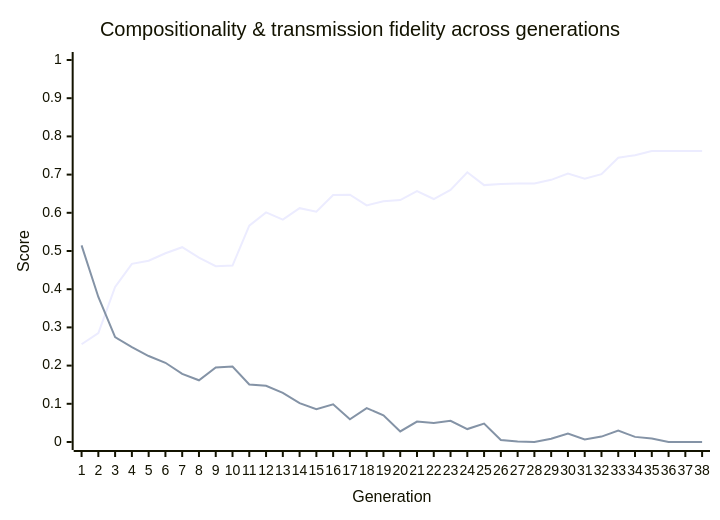
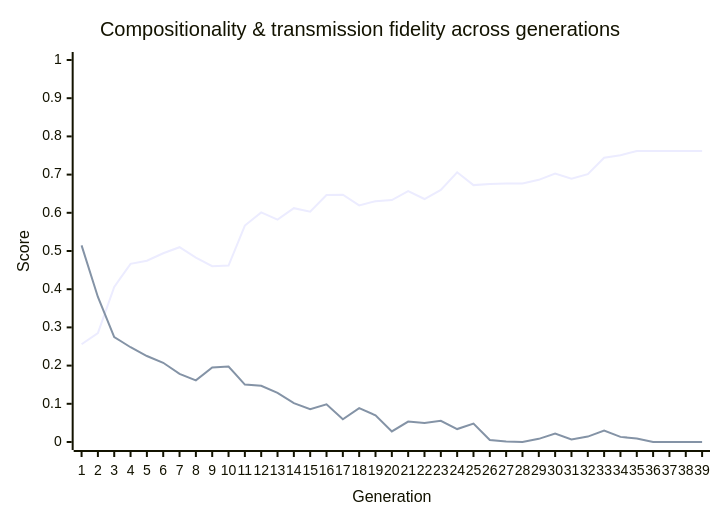
Before and after one commit to nichobbs/traditio: the diagram in metrics/latest-report.md, drawn with Mermaid. The commit also changed other lines of this file and 1 other file, not shown here.

````diff
--- a/metrics/latest-report.md
+++ b/metrics/latest-report.md
@@ -40,8 +40,8 @@
 ```mermaid
 xychart-beta
     title "Compositionality & transmission fidelity across generations"
-    x-axis "Generation" [1, 2, 3, 4, 5, 6, 7, 8, 9, 10, 11, 12, 13, 14, 15, 16, 17, 18, 19, 20, 21, 22, 23, 24, 25, 26, 27, 28, 29, 30, 31, 32, 33, 34, 35, 36, 37, 38]
+    x-axis "Generation" [1, 2, 3, 4, 5, 6, 7, 8, 9, 10, 11, 12, 13, 14, 15, 16, 17, 18, 19, 20, 21, 22, 23, 24, 25, 26, 27, 28, 29, 30, 31, 32, 33, 34, 35, 36, 37, 38, 39]
     y-axis "Score" 0 --> 1
-    line "Compositionality" [0.2559, 0.2849, 0.4060, 0.4663, 0.4745, 0.4941, 0.5099, 0.4826, 0.4603, 0.4619, 0.5665, 0.6011, 0.5822, 0.6121, 0.6029, 0.6464, 0.6473, 0.6195, 0.6304, 0.6332, 0.6566, 0.6361, 0.6598, 0.7061, 0.6725, 0.6757, 0.6767, 0.6767, 0.6863, 0.7028, 0.6890, 0.7012, 0.7442, 0.7505, 0.7619, 0.7619, 0.7619, 0.7619]
-    line "Transmission Fidelity" [0.5148, 0.3796, 0.2746, 0.2481, 0.2251, 0.2074, 0.1785, 0.1615, 0.1949, 0.1977, 0.1504, 0.1472, 0.1286, 0.1016, 0.0861, 0.0987, 0.0594, 0.0888, 0.0697, 0.0276, 0.0536, 0.0500, 0.0553, 0.0339, 0.0483, 0.0051, 0.0012, 0.0000, 0.0083, 0.0219, 0.0066, 0.0142, 0.0301, 0.0134, 0.0092, 0.0000, 0.0000, 0.0000]
+    line "Compositionality" [0.2559, 0.2849, 0.4060, 0.4663, 0.4745, 0.4941, 0.5099, 0.4826, 0.4603, 0.4619, 0.5665, 0.6011, 0.5822, 0.6121, 0.6029, 0.6464, 0.6473, 0.6195, 0.6304, 0.6332, 0.6566, 0.6361, 0.6598, 0.7061, 0.6725, 0.6757, 0.6767, 0.6767, 0.6863, 0.7028, 0.6890, 0.7012, 0.7442, 0.7505, 0.7619, 0.7619, 0.7619, 0.7619, 0.7619]
+    line "Transmission Fidelity" [0.5148, 0.3796, 0.2746, 0.2481, 0.2251, 0.2074, 0.1785, 0.1615, 0.1949, 0.1977, 0.1504, 0.1472, 0.1286, 0.1016, 0.0861, 0.0987, 0.0594, 0.0888, 0.0697, 0.0276, 0.0536, 0.0500, 0.0553, 0.0339, 0.0483, 0.0051, 0.0012, 0.0000, 0.0083, 0.0219, 0.0066, 0.0142, 0.0301, 0.0134, 0.0092, 0.0000, 0.0000, 0.0000, 0.0000]
 ```
````
